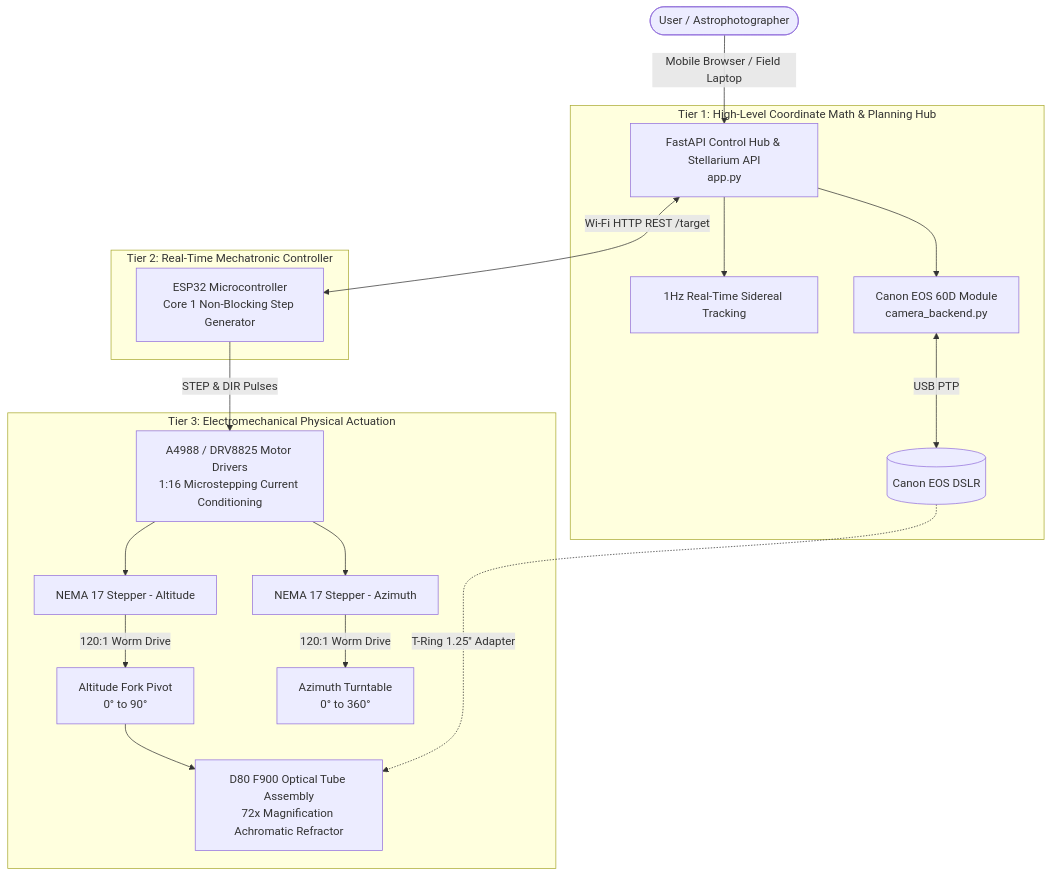
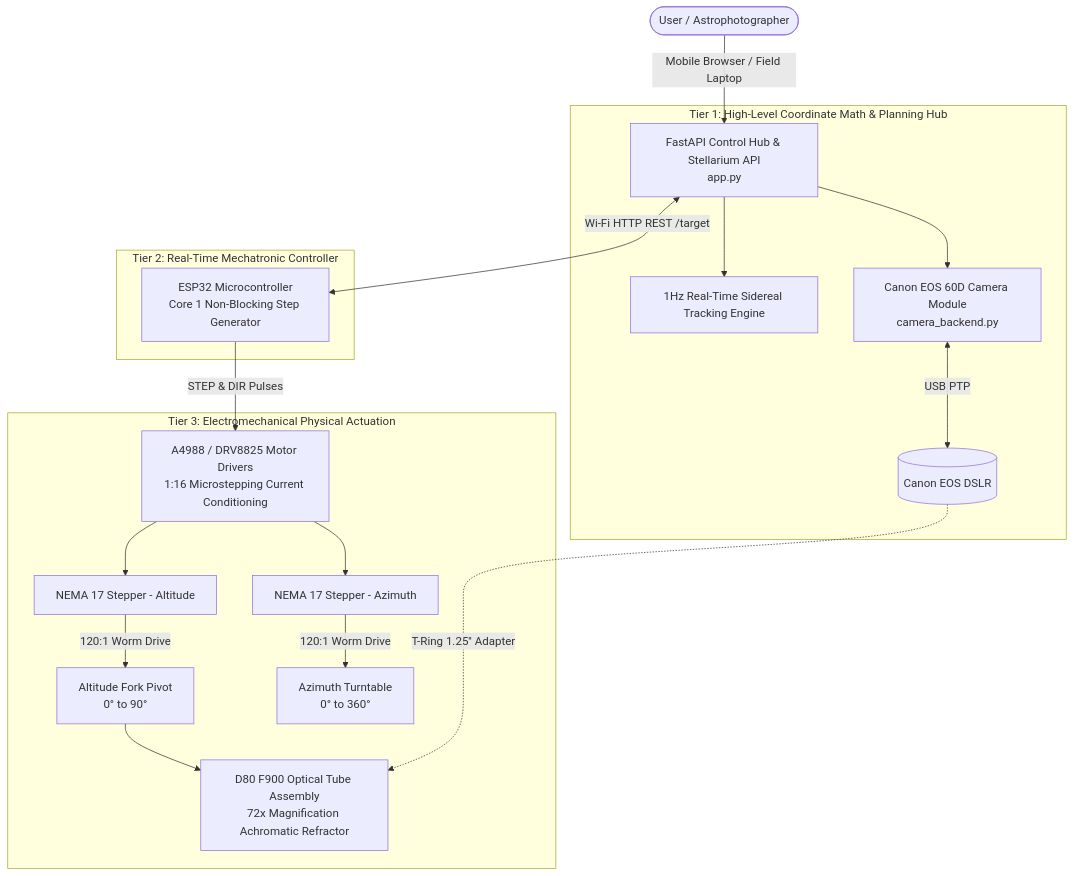
The diagram in README.md (M000nwalker/Beyond_Horizon_1), drawn with Mermaid before and after one commit. The commit also changed other lines of this file and 12 other files, not shown here.

````diff
--- a/README.md
+++ b/README.md
@@ -58,25 +74,25 @@
 ```mermaid
 graph TD
     User([User / Astrophotographer]) -->|Mobile Browser / Field Laptop| Tier1
     
     subgraph Tier 1: High-Level Coordinate Math & Planning Hub
         Tier1[FastAPI Control Hub & Stellarium API\napp.py]
-        Tier1 --> Tracking[1Hz Real-Time Sidereal Tracking]
-        Tier1 --> CameraHub[Canon EOS 60D Module\ncamera_backend.py]
+        Tier1 --> Tracking[1Hz Real-Time Sidereal Tracking Engine]
+        Tier1 --> CameraHub[Canon EOS 60D Camera Module\ncamera_backend.py]
         CameraHub <-->|USB PTP| DSLR[(Canon EOS DSLR)]
     end
 
     subgraph Tier 2: Real-Time Mechatronic Controller
         Tier1 <-->|Wi-Fi HTTP REST /target| ESP[ESP32 Microcontroller\nCore 1 Non-Blocking Step Generator]
     end
 
     subgraph Tier 3: Electromechanical Physical Actuation
         ESP -->|STEP & DIR Pulses| Drivers[A4988 / DRV8825 Motor Drivers\n1:16 Microstepping Current Conditioning]
         Drivers --> StepperAlt[NEMA 17 Stepper - Altitude]
         Drivers --> StepperAz[NEMA 17 Stepper - Azimuth]
         StepperAlt -->|120:1 Worm Drive| GearAlt[Altitude Fork Pivot\n0° to 90°]
         StepperAz -->|120:1 Worm Drive| GearAz[Azimuth Turntable\n0° to 360°]
         GearAlt --> OTA[D80 F900 Optical Tube Assembly\n72x Magnification Achromatic Refractor]
         DSLR -.->|T-Ring 1.25'' Adapter| OTA
     end
 ```
````
